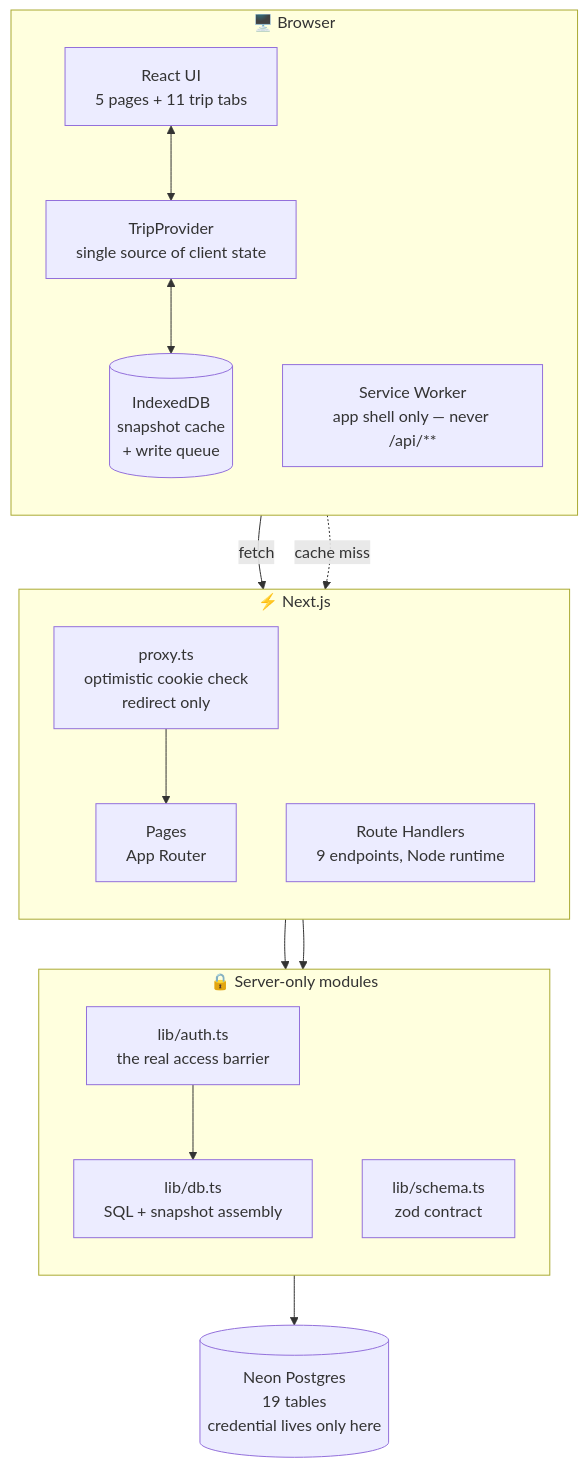
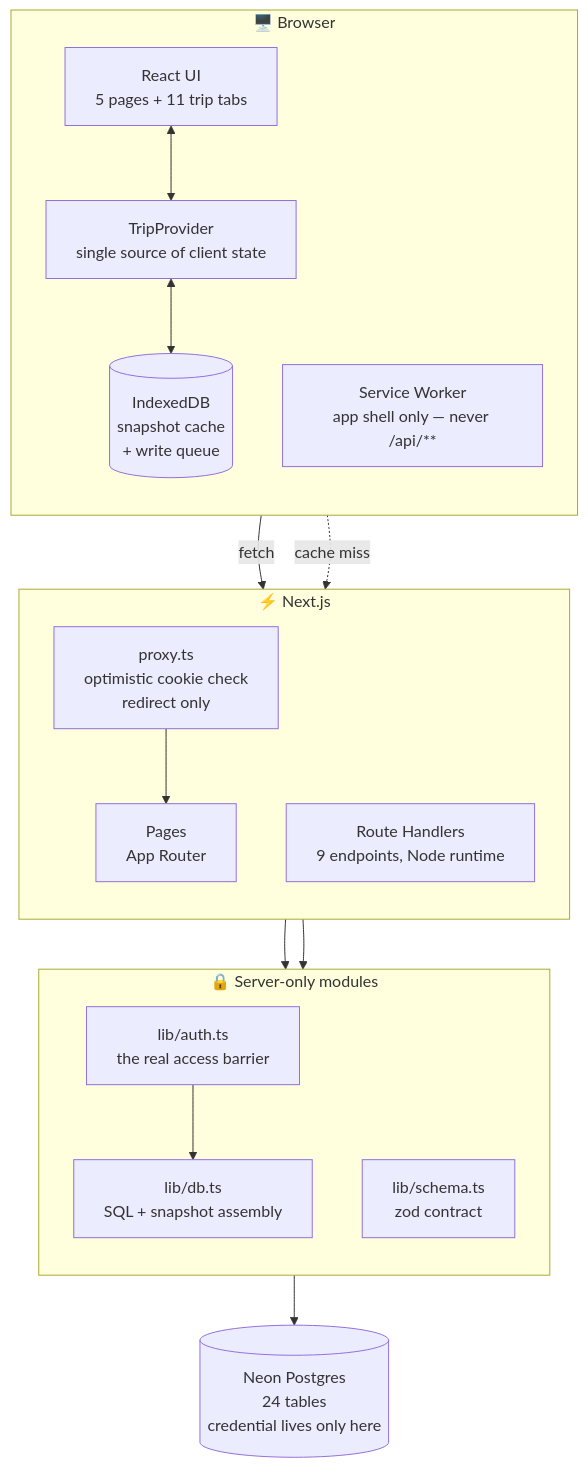
The first of 14 diagrams in README.md (almeidaleo1995/trip-go), drawn with Mermaid before and after one commit. The commit also changed other lines of this file and 16 other files, not shown here.

````diff
--- a/README.md
+++ b/README.md
@@ -53,34 +54,34 @@
 ```mermaid
 flowchart TB
     subgraph BROWSER["🖥️ Browser"]
         direction TB
         UI["React UI<br/>5 pages + 11 trip tabs"]
         TP["TripProvider<br/>single source of client state"]
         IDB[("IndexedDB<br/>snapshot cache<br/>+ write queue")]
         SW["Service Worker<br/>app shell only — never /api/**"]
         UI <--> TP
         TP <--> IDB
     end
 
     subgraph EDGE["⚡ Next.js"]
         direction TB
         PROXY["proxy.ts<br/>optimistic cookie check<br/>redirect only"]
         RSC["Pages<br/>App Router"]
         API["Route Handlers<br/>9 endpoints, Node runtime"]
     end
 
     subgraph SERVER["🔒 Server-only modules"]
         direction TB
         AUTH["lib/auth.ts<br/>the real access barrier"]
         SCHEMA["lib/schema.ts<br/>zod contract"]
         DB["lib/db.ts<br/>SQL + snapshot assembly"]
     end
 
-    NEON[("Neon Postgres<br/>19 tables<br/>credential lives only here")]
+    NEON[("Neon Postgres<br/>24 tables<br/>credential lives only here")]
 
     TP -->|"fetch"| API
     SW -.->|"cache miss"| RSC
     PROXY --> RSC
     API --> AUTH --> DB --> NEON
     API --> SCHEMA
 ```
````
